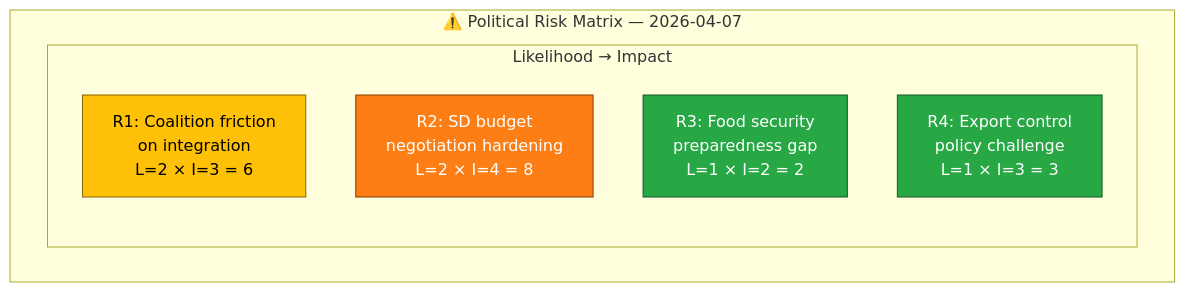
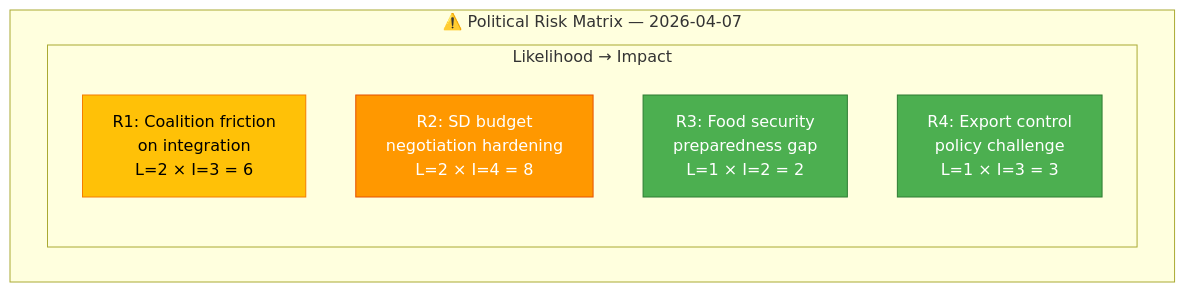
Before and after one commit to Hack23/riksdagsmonitor: the diagram in analysis/daily/2026-04-07/realtime-1411/risk-assessment.md, drawn with Mermaid. The commit also changed 785 other files, not shown here.

First line of the commit message:
Normalize mermaid colors across 786 analysis artifacts to ISMS Style Guide palette

````diff
--- a/analysis/daily/2026-04-07/realtime-1411/risk-assessment.md
+++ b/analysis/daily/2026-04-07/realtime-1411/risk-assessment.md
@@ -13,15 +13,15 @@
 ```mermaid
 graph TD
     subgraph "⚠️ Political Risk Matrix — 2026-04-07"
         subgraph "Likelihood → Impact"
             R1["R1: Coalition friction<br>on integration<br>L=2 × I=3 = 6"]
             R2["R2: SD budget<br>negotiation hardening<br>L=2 × I=4 = 8"]
             R3["R3: Food security<br>preparedness gap<br>L=1 × I=2 = 2"]
             R4["R4: Export control<br>policy challenge<br>L=1 × I=3 = 3"]
         end
     end
-    style R1 fill:#ffc107,stroke:#856404,color:#000
-    style R2 fill:#fd7e14,stroke:#873b00,color:#fff
-    style R3 fill:#28a745,stroke:#155724,color:#fff
-    style R4 fill:#28a745,stroke:#155724,color:#fff
+    style R1 fill:#FFC107,stroke:#F57C00,color:#000000
+    style R2 fill:#FF9800,stroke:#E65100,color:#FFFFFF
+    style R3 fill:#4CAF50,stroke:#2E7D32,color:#FFFFFF
+    style R4 fill:#4CAF50,stroke:#2E7D32,color:#FFFFFF
 ```
````
